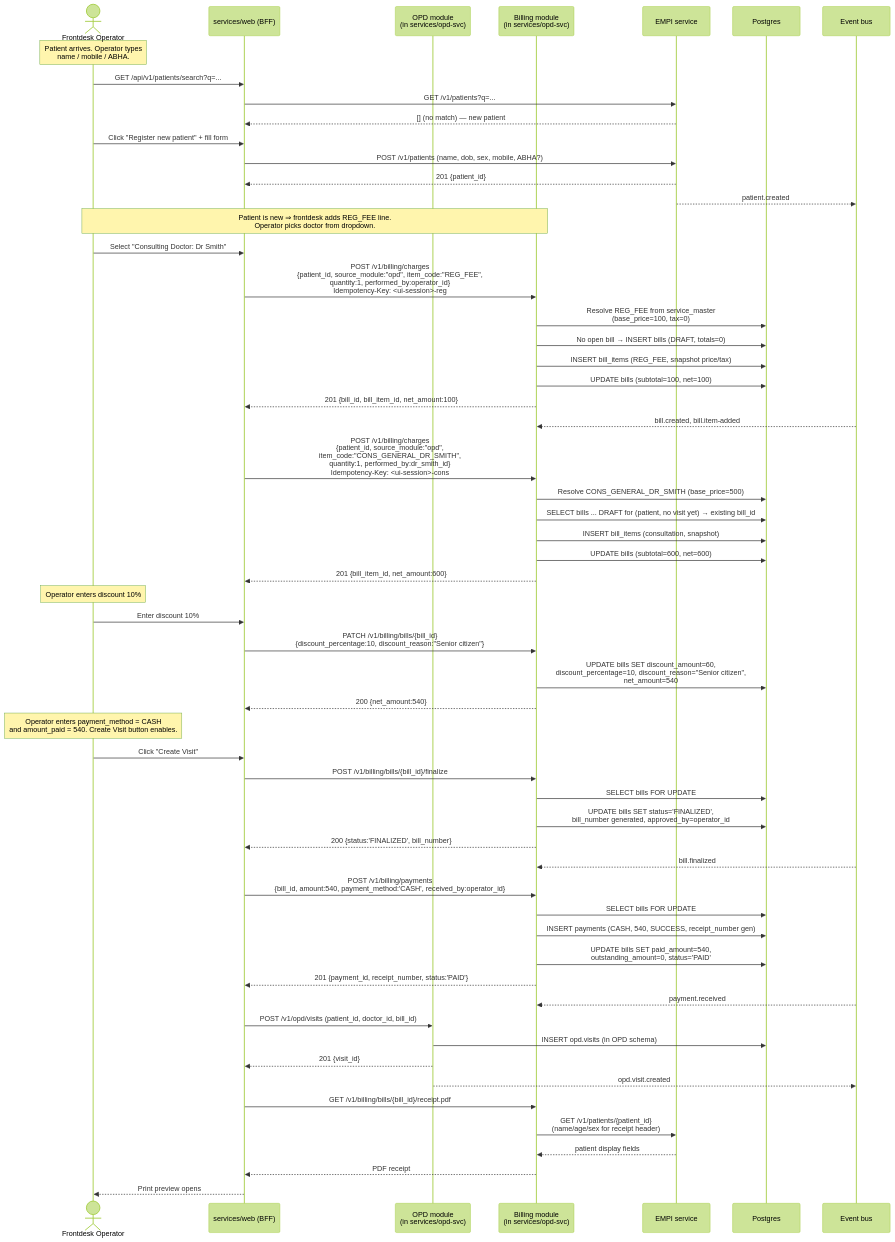
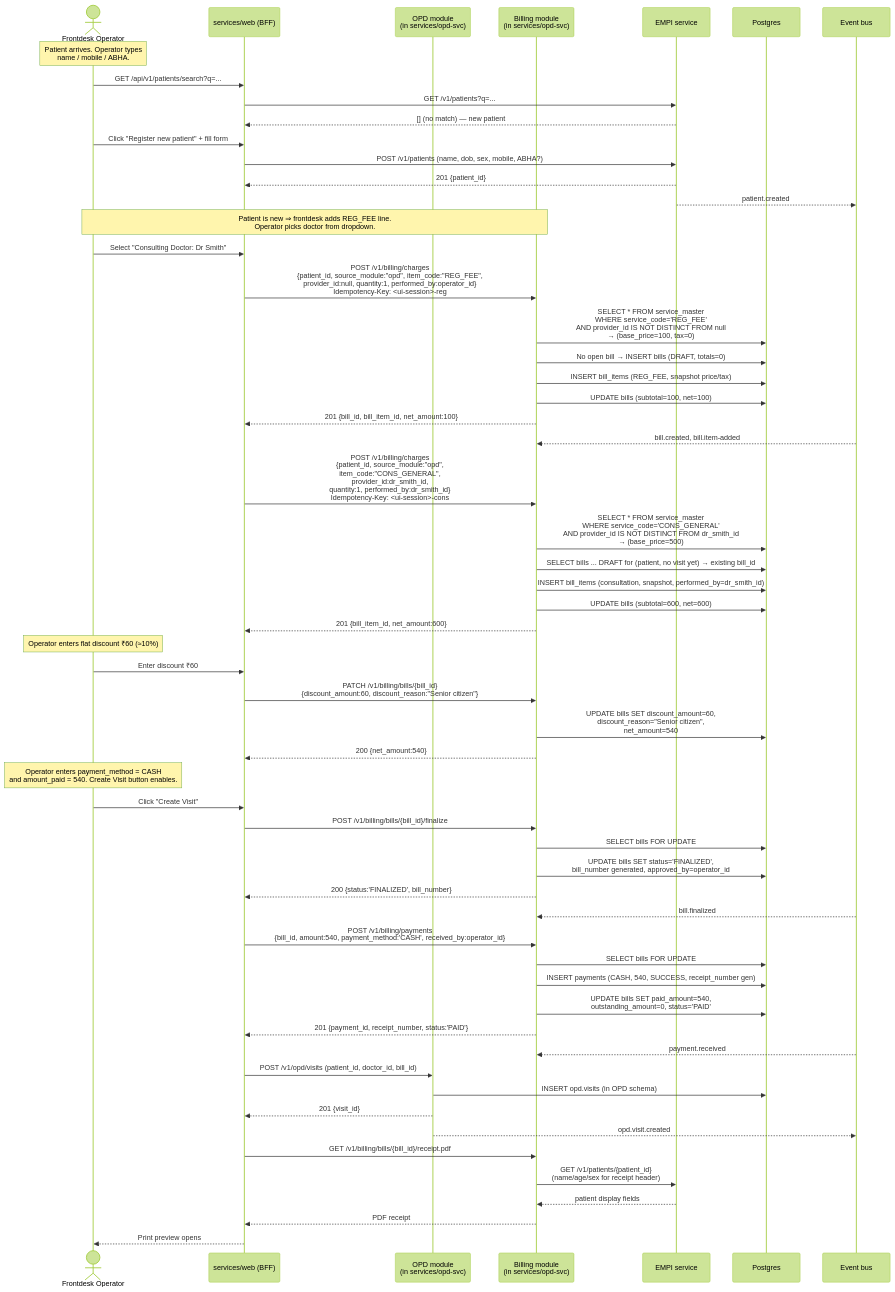
Before and after one commit to IQ-Line/HospitalSaarthi: the first of 7 diagrams in docs/architecture/lld/billing/02-scenarios.md, drawn with Mermaid (forest theme). The commit also changed other lines of this file and 7 other files, not shown here.

First line of the commit message:
docs(billing): trim Phase 1 columns + add provider_id to service_master

````diff
--- a/docs/architecture/lld/billing/02-scenarios.md
+++ b/docs/architecture/lld/billing/02-scenarios.md
@@ -24,69 +24,69 @@
 ```mermaid
 sequenceDiagram
     actor Operator as Frontdesk Operator
     participant BFF as services/web (BFF)
     participant OPD as OPD module<br/>(in services/opd-svc)
     participant Billing as Billing module<br/>(in services/opd-svc)
     participant EMPI as EMPI service
     participant DB as Postgres
     participant Bus as Event bus
 
     Note over Operator: Patient arrives. Operator types<br/>name / mobile / ABHA.
     Operator->>BFF: GET /api/v1/patients/search?q=...
     BFF->>EMPI: GET /v1/patients?q=...
     EMPI-->>BFF: [] (no match) — new patient
     Operator->>BFF: Click "Register new patient" + fill form
     BFF->>EMPI: POST /v1/patients (name, dob, sex, mobile, ABHA?)
     EMPI-->>BFF: 201 {patient_id}
     EMPI-->>Bus: patient.created
 
     Note over Operator,Billing: Patient is new ⇒ frontdesk adds REG_FEE line.<br/>Operator picks doctor from dropdown.
 
     Operator->>BFF: Select "Consulting Doctor: Dr Smith"
-    BFF->>Billing: POST /v1/billing/charges<br/>{patient_id, source_module:"opd", item_code:"REG_FEE",<br/> quantity:1, performed_by:operator_id}<br/>Idempotency-Key: <ui-session>-reg
-    Billing->>DB: Resolve REG_FEE from service_master<br/>(base_price=100, tax=0)
+    BFF->>Billing: POST /v1/billing/charges<br/>{patient_id, source_module:"opd", item_code:"REG_FEE",<br/> provider_id:null, quantity:1, performed_by:operator_id}<br/>Idempotency-Key: <ui-session>-reg
+    Billing->>DB: SELECT * FROM service_master<br/>WHERE service_code='REG_FEE'<br/>AND provider_id IS NOT DISTINCT FROM null<br/>→ (base_price=100, tax=0)
     Billing->>DB: No open bill → INSERT bills (DRAFT, totals=0)
     Billing->>DB: INSERT bill_items (REG_FEE, snapshot price/tax)
     Billing->>DB: UPDATE bills (subtotal=100, net=100)
     Billing-->>BFF: 201 {bill_id, bill_item_id, net_amount:100}
     Bus-->>Billing: bill.created, bill.item-added
 
-    BFF->>Billing: POST /v1/billing/charges<br/>{patient_id, source_module:"opd",<br/> item_code:"CONS_GENERAL_DR_SMITH",<br/> quantity:1, performed_by:dr_smith_id}<br/>Idempotency-Key: <ui-session>-cons
-    Billing->>DB: Resolve CONS_GENERAL_DR_SMITH (base_price=500)
+    BFF->>Billing: POST /v1/billing/charges<br/>{patient_id, source_module:"opd",<br/> item_code:"CONS_GENERAL",<br/> provider_id:dr_smith_id,<br/> quantity:1, performed_by:dr_smith_id}<br/>Idempotency-Key: <ui-session>-cons
+    Billing->>DB: SELECT * FROM service_master<br/>WHERE service_code='CONS_GENERAL'<br/>AND provider_id IS NOT DISTINCT FROM dr_smith_id<br/>→ (base_price=500)
     Billing->>DB: SELECT bills ... DRAFT for (patient, no visit yet) → existing bill_id
-    Billing->>DB: INSERT bill_items (consultation, snapshot)
+    Billing->>DB: INSERT bill_items (consultation, snapshot, performed_by=dr_smith_id)
     Billing->>DB: UPDATE bills (subtotal=600, net=600)
     Billing-->>BFF: 201 {bill_item_id, net_amount:600}
 
-    Note over Operator: Operator enters discount 10%
-    Operator->>BFF: Enter discount 10%
-    BFF->>Billing: PATCH /v1/billing/bills/{bill_id}<br/>{discount_percentage:10, discount_reason:"Senior citizen"}
-    Billing->>DB: UPDATE bills SET discount_amount=60,<br/>discount_percentage=10, discount_reason="Senior citizen",<br/>net_amount=540
+    Note over Operator: Operator enters flat discount ₹60 (≈10%)
+    Operator->>BFF: Enter discount ₹60
+    BFF->>Billing: PATCH /v1/billing/bills/{bill_id}<br/>{discount_amount:60, discount_reason:"Senior citizen"}
+    Billing->>DB: UPDATE bills SET discount_amount=60,<br/>discount_reason="Senior citizen",<br/>net_amount=540
     Billing-->>BFF: 200 {net_amount:540}
 
     Note over Operator: Operator enters payment_method = CASH<br/>and amount_paid = 540. Create Visit button enables.
     Operator->>BFF: Click "Create Visit"
     BFF->>Billing: POST /v1/billing/bills/{bill_id}/finalize
     Billing->>DB: SELECT bills FOR UPDATE
     Billing->>DB: UPDATE bills SET status='FINALIZED',<br/>bill_number generated, approved_by=operator_id
     Billing-->>BFF: 200 {status:'FINALIZED', bill_number}
     Bus-->>Billing: bill.finalized
 
     BFF->>Billing: POST /v1/billing/payments<br/>{bill_id, amount:540, payment_method:'CASH', received_by:operator_id}
     Billing->>DB: SELECT bills FOR UPDATE
     Billing->>DB: INSERT payments (CASH, 540, SUCCESS, receipt_number gen)
     Billing->>DB: UPDATE bills SET paid_amount=540,<br/>outstanding_amount=0, status='PAID'
     Billing-->>BFF: 201 {payment_id, receipt_number, status:'PAID'}
     Bus-->>Billing: payment.received
 
     BFF->>OPD: POST /v1/opd/visits (patient_id, doctor_id, bill_id)
     OPD->>DB: INSERT opd.visits (in OPD schema)
     OPD-->>BFF: 201 {visit_id}
     OPD-->>Bus: opd.visit.created
 
     BFF->>Billing: GET /v1/billing/bills/{bill_id}/receipt.pdf
     Billing->>EMPI: GET /v1/patients/{patient_id}<br/>(name/age/sex for receipt header)
     EMPI-->>Billing: patient display fields
     Billing-->>BFF: PDF receipt
     BFF-->>Operator: Print preview opens
 ```
````
